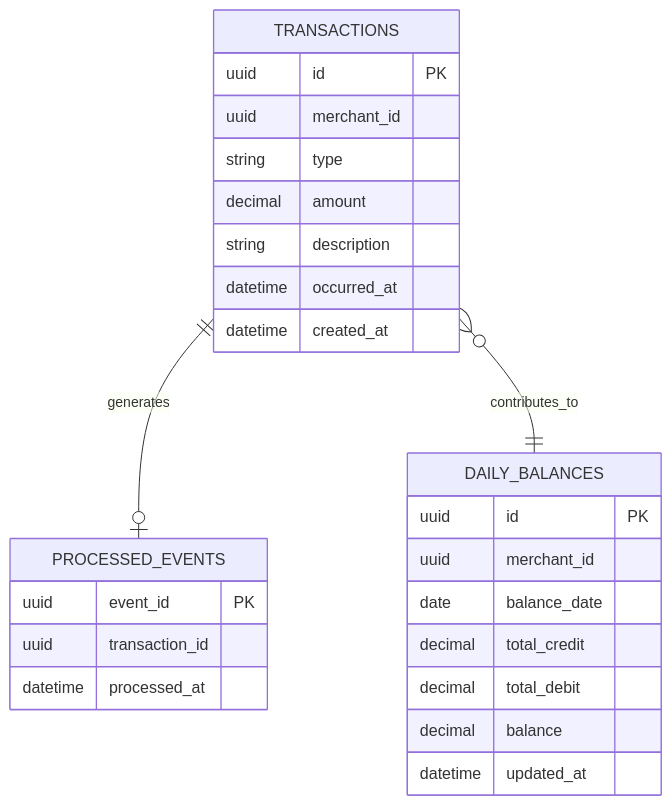
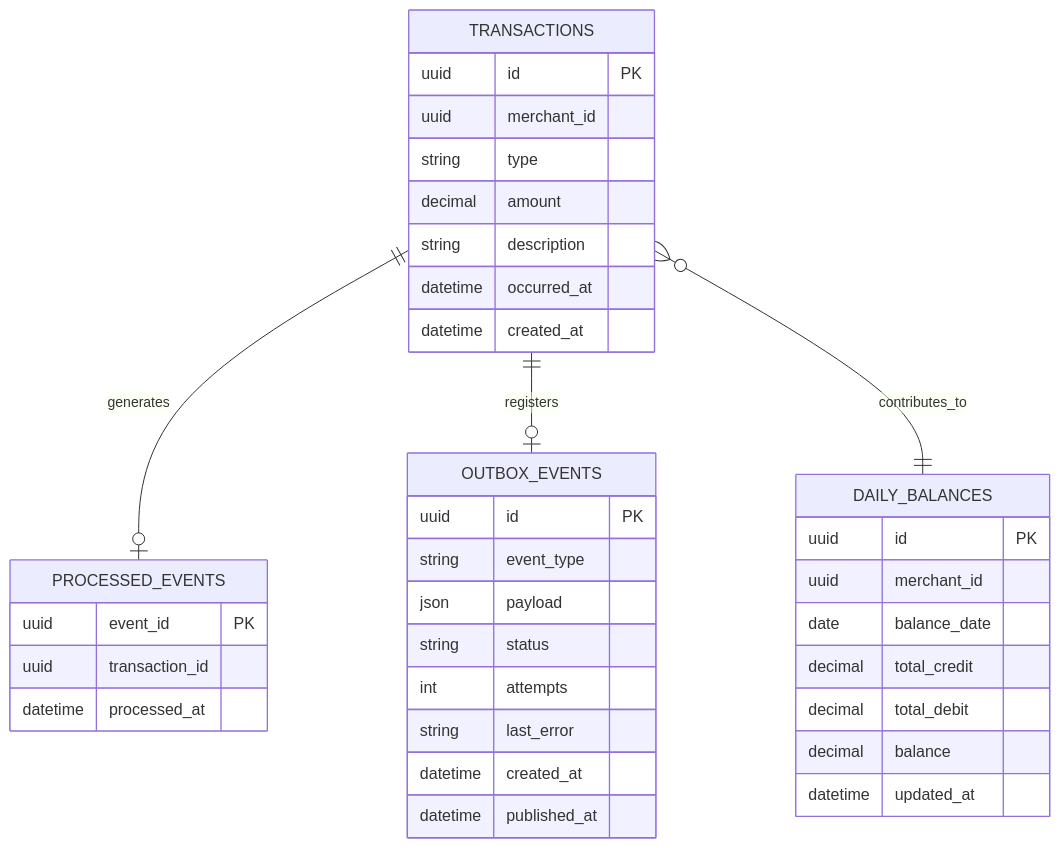
One commit to evosoftwares/cashflow-challenge-Gabriel changed the sixth of 7 diagrams in docs/architecture.md. Above: the diagram before and after it, drawn with Mermaid. The commit also changed other lines of this file and 28 other files, not shown here.

````diff
--- a/docs/architecture.md
+++ b/docs/architecture.md
@@ -177,28 +190,39 @@
 ```mermaid
 erDiagram
     TRANSACTIONS {
         uuid id PK
         uuid merchant_id
         string type
         decimal amount
         string description
         datetime occurred_at
         datetime created_at
     }
     DAILY_BALANCES {
         uuid id PK
         uuid merchant_id
         date balance_date
         decimal total_credit
         decimal total_debit
         decimal balance
         datetime updated_at
     }
     PROCESSED_EVENTS {
         uuid event_id PK
         uuid transaction_id
         datetime processed_at
     }
+    OUTBOX_EVENTS {
+        uuid id PK
+        string event_type
+        json payload
+        string status
+        int attempts
+        string last_error
+        datetime created_at
+        datetime published_at
+    }
     TRANSACTIONS ||--o| PROCESSED_EVENTS : generates
+    TRANSACTIONS ||--o| OUTBOX_EVENTS : registers
     TRANSACTIONS }o--|| DAILY_BALANCES : contributes_to
 ```
````
